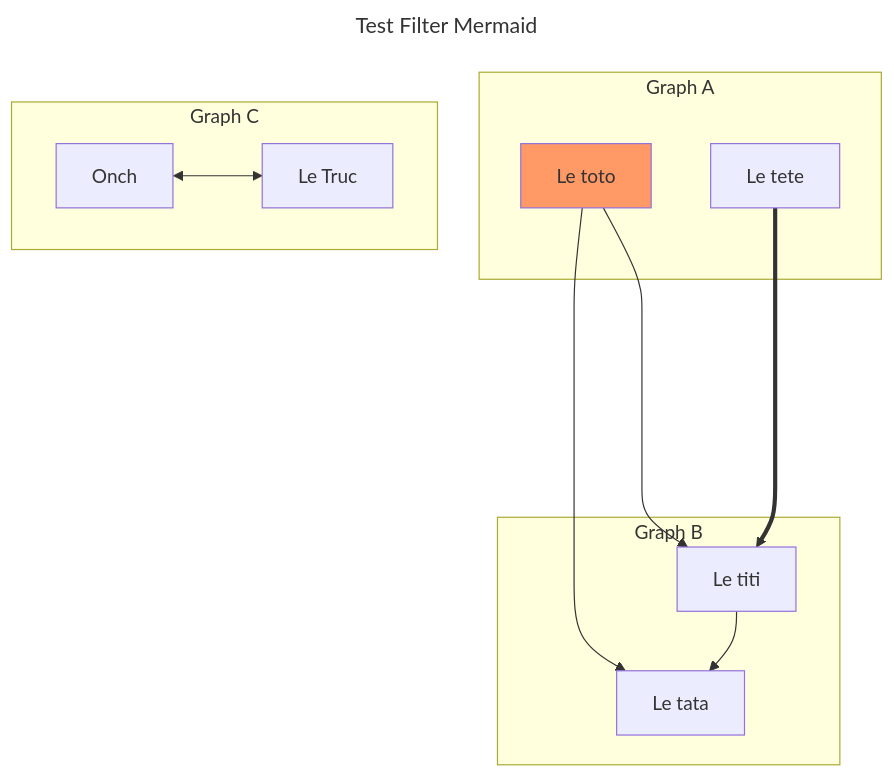
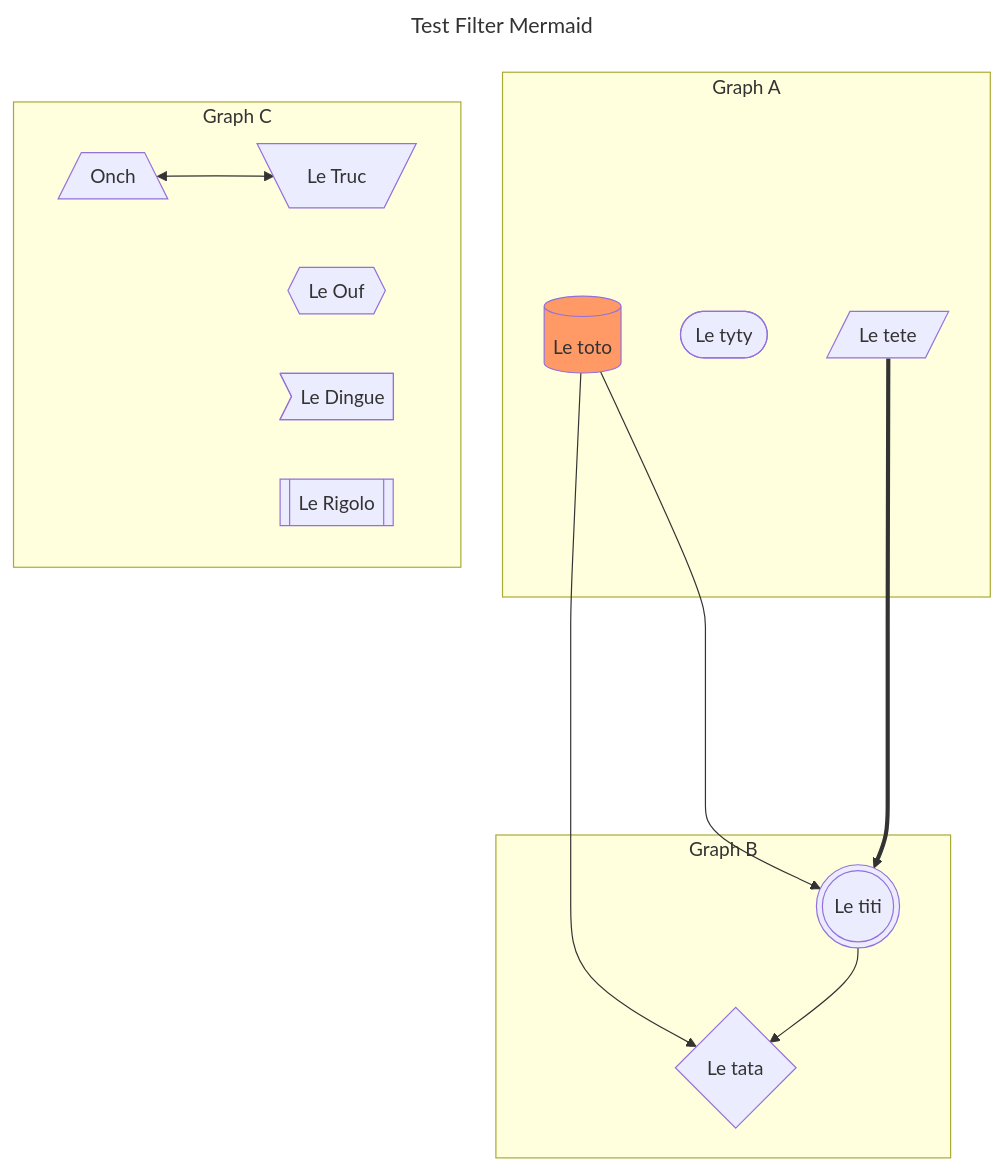
The diagram in diagram.mmd (lucascloarec/mermaid-filter), drawn with Mermaid before and after one commit. The commit also changed 1 other file, not shown here.

```diff
--- a/diagram.mmd
+++ b/diagram.mmd
@@ -1,29 +1,33 @@
 ---
 title: Test Filter Mermaid
 ---
 flowchart TD
 
     classDef orange fill:#f96
 
 
     subgraph A["Graph A"]
-        toto[Le toto]
-        tete[Le tete]
+        toto[(Le toto)]
+        tyty([Le tyty])
+        tete[/Le tete/]
     end
     class toto orange
 
     subgraph B["Graph B"]
-        tata[Le tata]
-        titi[Le titi]
+        tata{Le tata}
+        titi(((Le titi)))
     end
 
     subgraph C["Graph C"]
-        onch[Onch]
-        truc[Le Truc]
+        onch[/Onch\]
+        truc[\Le Truc/]
+        ouf{{Le Ouf}}
+        dingue>Le Dingue]
+        rigolo[[Le Rigolo]]
     end
 
     toto --> tata
     toto --> titi
     titi --> tata
     tete =====> titi
     onch <--> truc
```
